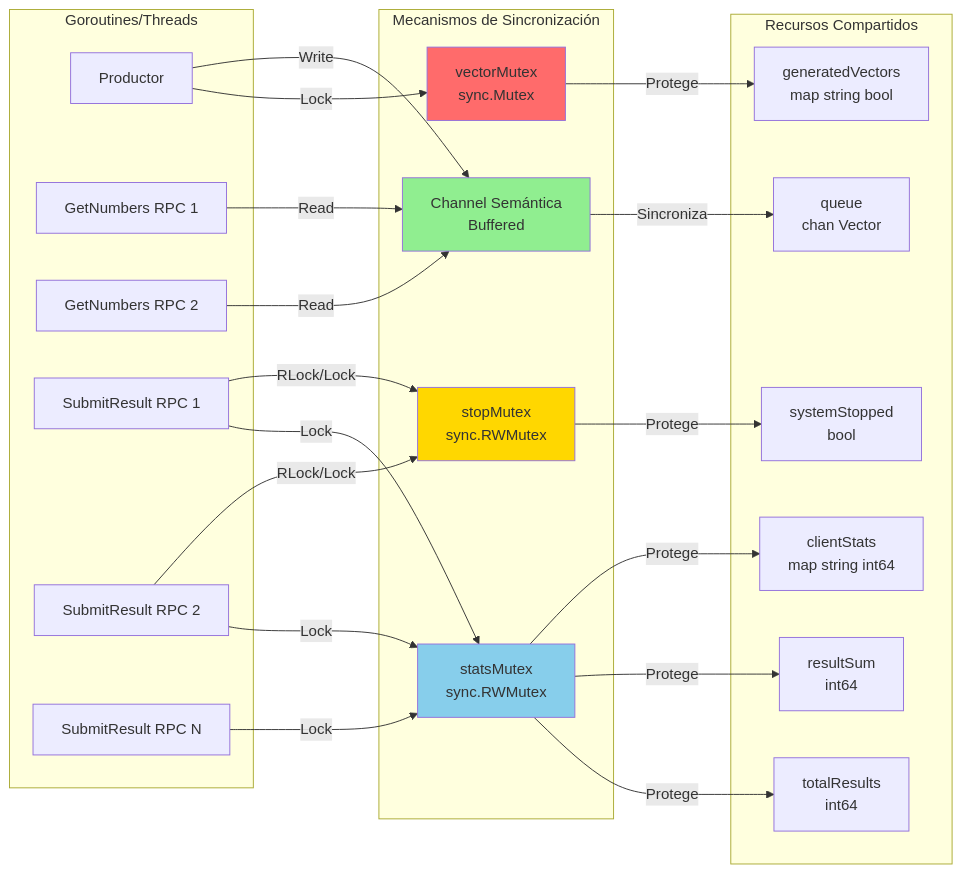
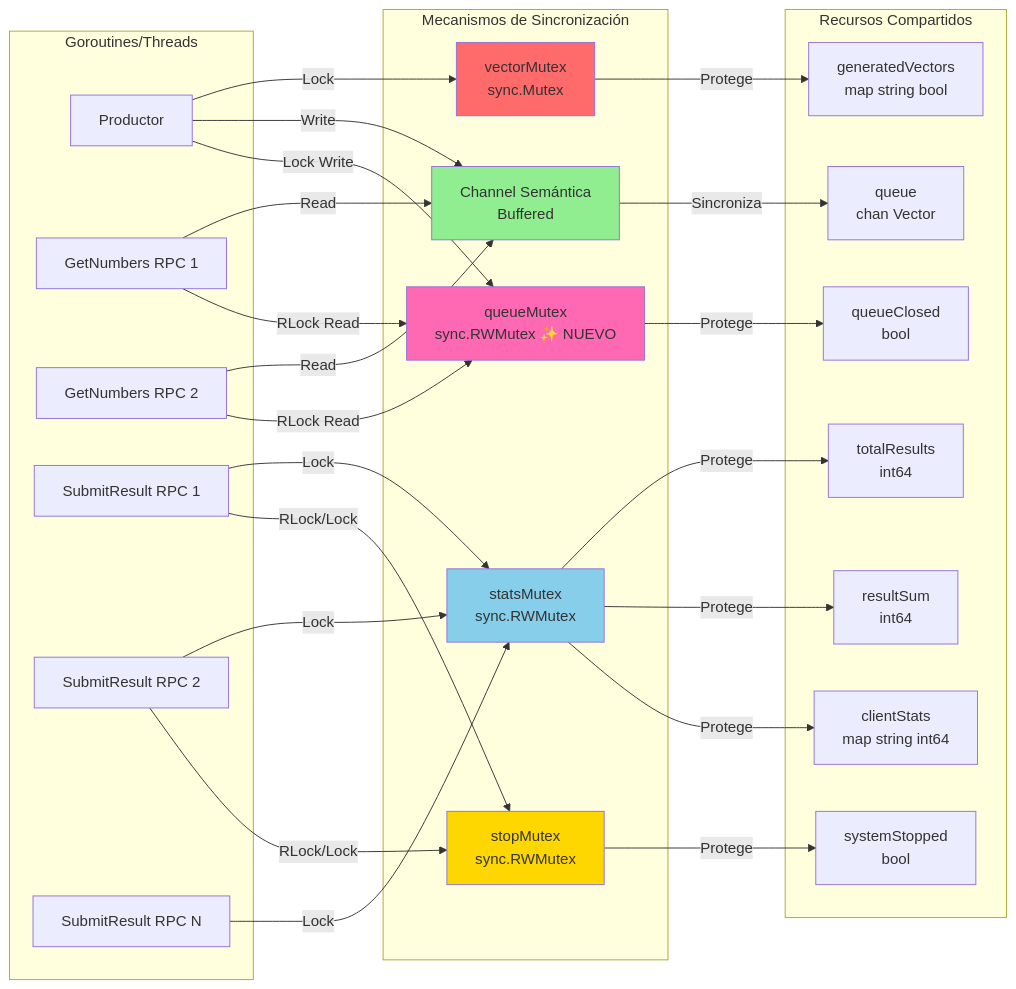
The fifth of 14 diagrams in pro_cons/diagramas_arquitectura_distribuida.md (Susch12/Distribuida), drawn with Mermaid before and after one commit. The commit also changed other lines of this file and 5 other files, not shown here.

````diff
--- a/pro_cons/diagramas_arquitectura_distribuida.md
+++ b/pro_cons/diagramas_arquitectura_distribuida.md
@@ -263,51 +263,59 @@
 ```mermaid
 graph LR
     subgraph "Recursos Compartidos"
         R1[generatedVectors<br/>map string bool]
         R2[totalResults<br/>int64]
         R3[resultSum<br/>int64]
         R4[clientStats<br/>map string int64]
         R5[systemStopped<br/>bool]
         R6[queue<br/>chan Vector]
+        R7[queueClosed<br/>bool]
     end
-    
+
     subgraph "Mecanismos de Sincronización"
         M1[vectorMutex<br/>sync.Mutex]
         M2[statsMutex<br/>sync.RWMutex]
         M3[stopMutex<br/>sync.RWMutex]
         M4[Channel Semántica<br/>Buffered]
+        M5[queueMutex<br/>sync.RWMutex ✨ NUEVO]
     end
     
     subgraph "Goroutines/Threads"
         T1[Productor]
         T2[GetNumbers RPC 1]
         T3[GetNumbers RPC 2]
         T4[SubmitResult RPC 1]
         T5[SubmitResult RPC 2]
         T6[SubmitResult RPC N]
     end
     
     T1 -->|Lock| M1
     M1 -->|Protege| R1
     
     T2 -->|Read| M4
     T3 -->|Read| M4
     M4 -->|Sincroniza| R6
     T1 -->|Write| M4
     
     T4 -->|Lock| M2
     T5 -->|Lock| M2
     T6 -->|Lock| M2
     M2 -->|Protege| R2
     M2 -->|Protege| R3
     M2 -->|Protege| R4
     
     T4 -->|RLock/Lock| M3
     T5 -->|RLock/Lock| M3
     M3 -->|Protege| R5
-    
+
+    T1 -->|Lock Write| M5
+    T2 -->|RLock Read| M5
+    T3 -->|RLock Read| M5
+    M5 -->|Protege| R7
+
     style M1 fill:#FF6B6B
     style M2 fill:#87CEEB
     style M3 fill:#FFD700
     style M4 fill:#90EE90
+    style M5 fill:#FF69B4
 ```
````
